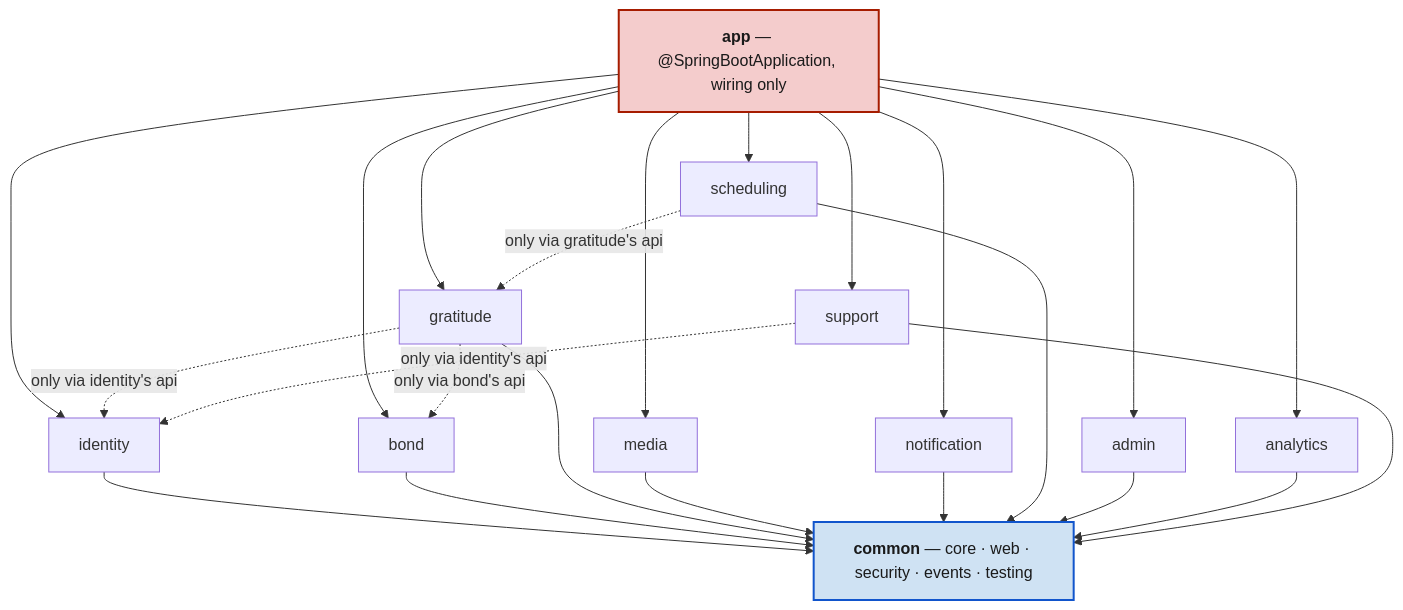
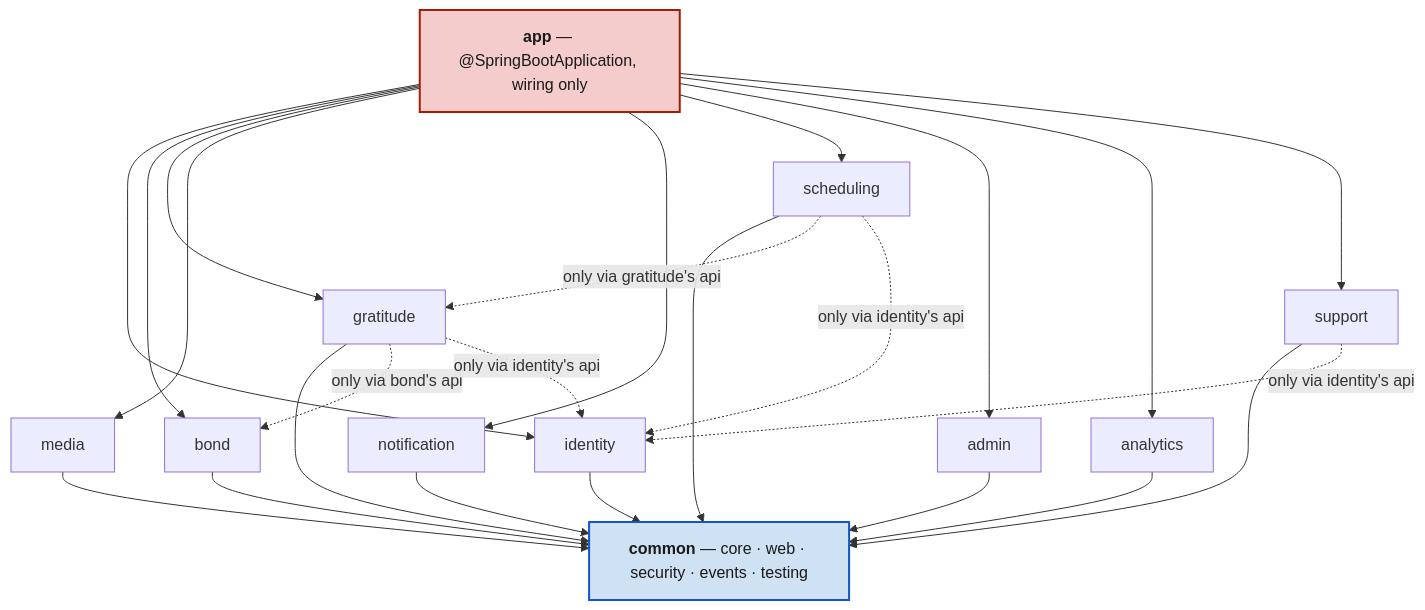
The first of 2 diagrams in README.md (Ayodeji97/moyi-backend), drawn with Mermaid before and after one commit. The commit also changed other lines of this file and 59 other files, not shown here.

````diff
--- a/README.md
+++ b/README.md
@@ -204,32 +204,33 @@
 ```mermaid
 flowchart TD
     app["<b>app</b> — @SpringBootApplication, wiring only"]
 
     identity["identity"]
     bond["bond"]
     gratitude["gratitude"]
     media["media"]
     notification["notification"]
     scheduling["scheduling"]
     admin["admin"]
     analytics["analytics"]
     support["support"]
 
     common["<b>common</b> — core · web · security · events · testing"]
 
     app --> identity & bond & gratitude & media
     app --> notification & scheduling & admin & analytics & support
 
     identity & bond & gratitude & media --> common
     notification & scheduling & admin & analytics & support --> common
 
     gratitude -. "only via bond's api" .-> bond
     gratitude -. "only via identity's api" .-> identity
     scheduling -. "only via gratitude's api" .-> gratitude
     support -. "only via identity's api" .-> identity
+    scheduling -. "only via identity's api" .-> identity
 
     classDef wiring fill:#f4cccc,stroke:#a61c00,stroke-width:2px,color:#1a1a1a
     classDef shared fill:#cfe2f3,stroke:#1155cc,stroke-width:2px,color:#1a1a1a
     class app wiring
     class common shared
 ```
````
